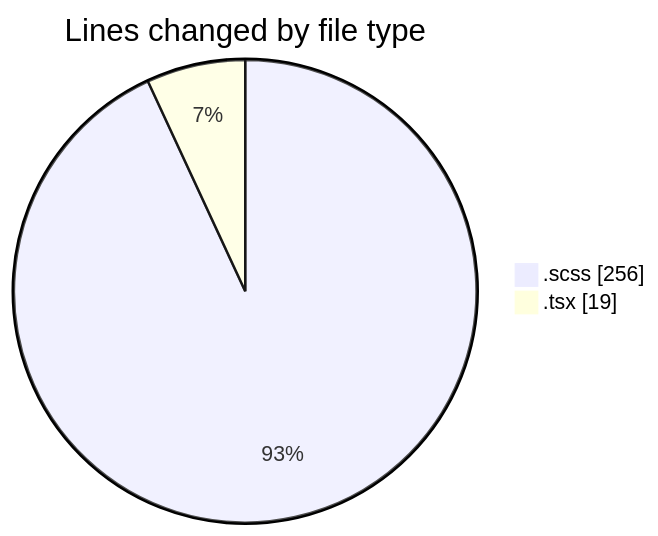
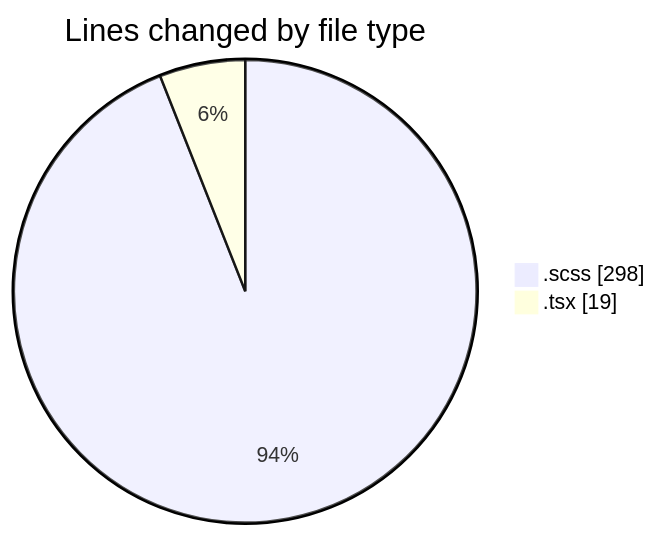
Before and after one commit to momahboobian/code-tracking: the first of 2 diagrams in 2026-08-10/cda/README.md, drawn with Mermaid. The commit also changed other lines of this file and 1 other file, not shown here.

````diff
--- a/2026-08-10/cda/README.md
+++ b/2026-08-10/cda/README.md
@@ -23,6 +23,6 @@
 ```mermaid
 pie showData
 title Lines changed by file type
-".scss" : 256
+".scss" : 298
 ".tsx" : 19
 ```
````
